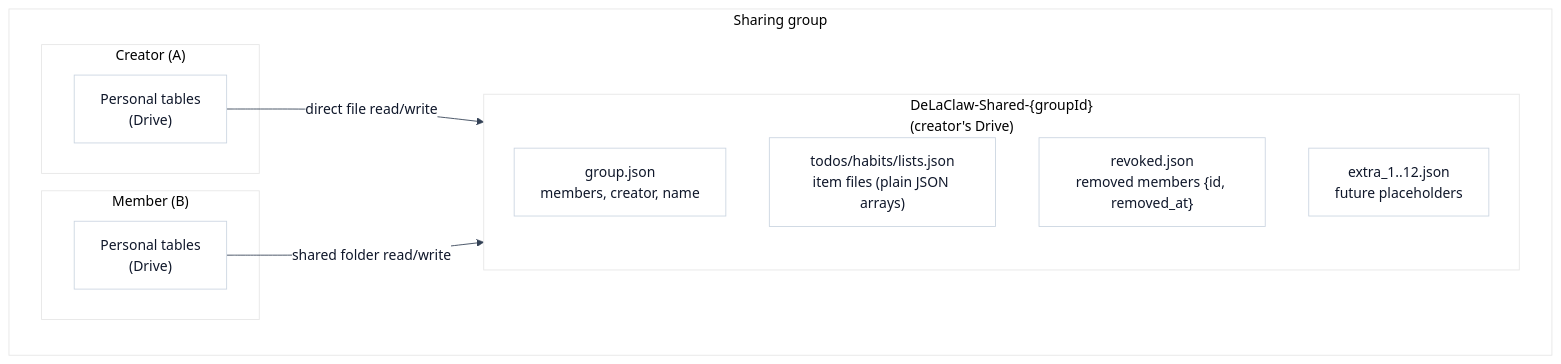
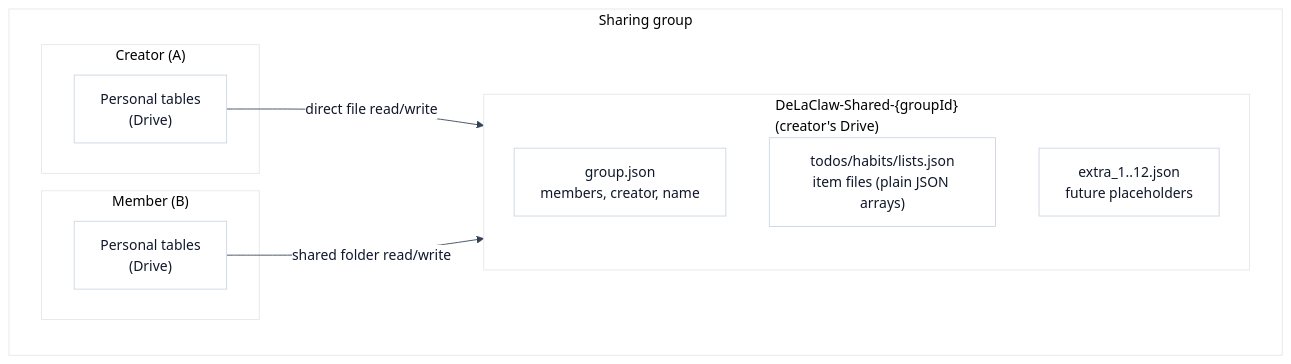
Before and after one commit to AntGro/DeLaClaw: the first of 14 diagrams in docs-site/sharing.md, drawn with Mermaid. The commit also changed other lines of this file and 18 other files, not shown here.

First line of the commit message:
refactor(sharing): remove revoked.json — access loss purges the group outright

````diff
--- a/docs-site/sharing.md
+++ b/docs-site/sharing.md
@@ -13,21 +13,20 @@
 ```mermaid
 %%{init: {'theme': 'base', 'themeVariables': {'background': '#fbfaf8', 'primaryColor': '#ffffff', 'primaryBorderColor': '#cbd5e1', 'primaryTextColor': '#0f172a', 'lineColor': '#334155'}}}%%
 flowchart TB
     subgraph GROUP["Sharing group"]
         subgraph CREATOR["Creator (A)"]
             PA["Personal tables<br/>(Drive)"]
         end
         subgraph MEMBER["Member (B)"]
             PB["Personal tables<br/>(Drive)"]
         end
         subgraph SHARED["DeLaClaw-Shared-{groupId}<br/>(creator's Drive)"]
             direction TB
             GJ["group.json<br/>members, creator, name"]
             ITEMS["todos/habits/lists.json<br/>item files (plain JSON arrays)"]
-            REVOKED["revoked.json<br/>removed members {id, removed_at}"]
             EXTRA["extra_1..12.json<br/>future placeholders"]
         end
         PA -->|"direct file read/write"| SHARED
         PB -->|"shared folder read/write"| SHARED
     end
 ```
````
